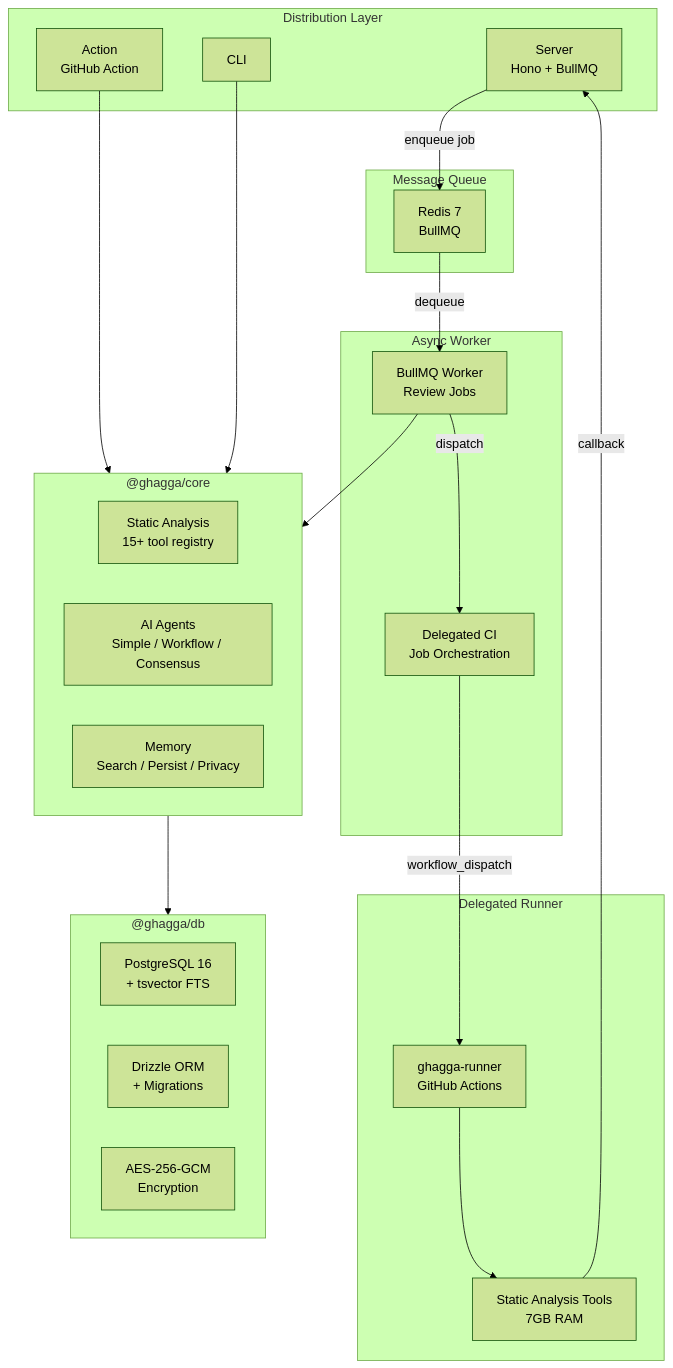
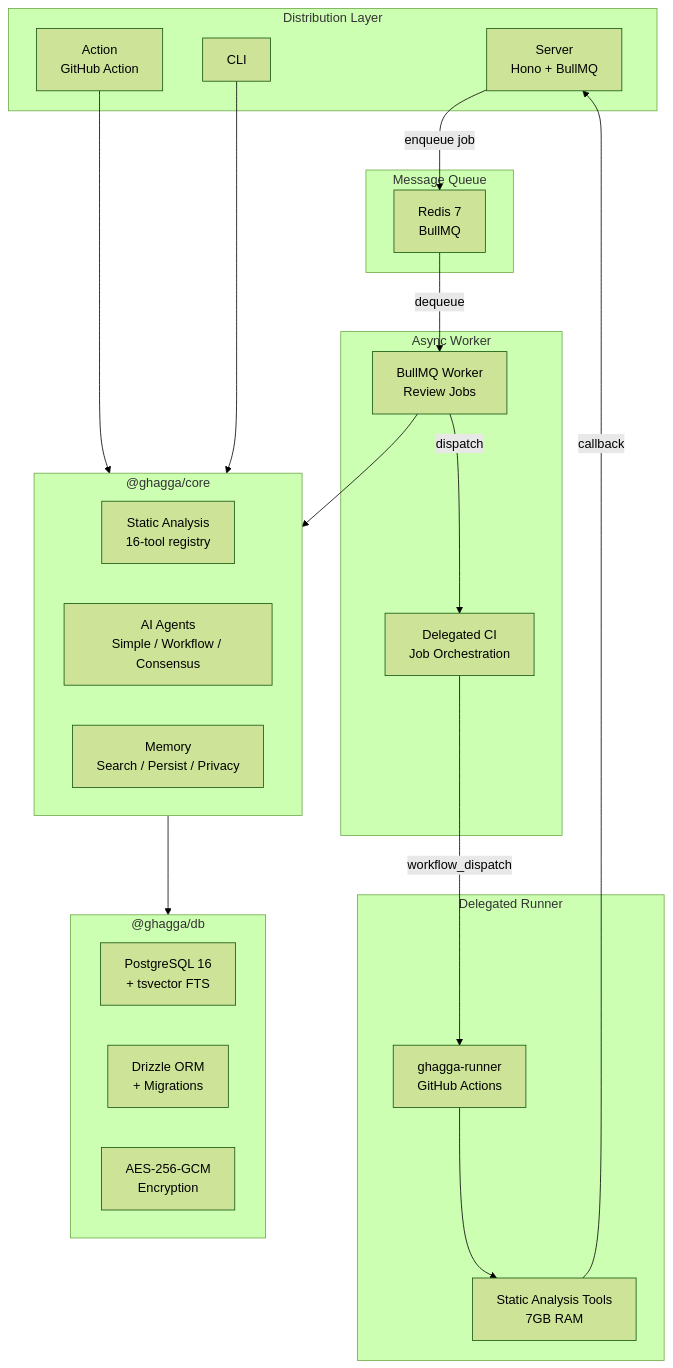
One commit to JNZader/ghagga changed the first of 5 diagrams in README.md. Above: the diagram before and after it, drawn with Mermaid (forest theme). The commit also changed other lines of this file and 16 other files, not shown here.

````diff
--- a/README.md
+++ b/README.md
@@ -255,46 +255,46 @@
 ```mermaid
 graph TB
   subgraph Distribution["Distribution Layer"]
     Server["Server<br/>Hono + BullMQ"]
     Action["Action<br/>GitHub Action"]
     CLI["CLI"]
   end
 
   subgraph Worker["Async Worker"]
     BullMQ["BullMQ Worker<br/>Review Jobs"]
     DelegatedCI["Delegated CI<br/>Job Orchestration"]
   end
 
   subgraph Runner["Delegated Runner"]
     RunnerRepo["ghagga-runner<br/>GitHub Actions"]
     RunnerTools["Static Analysis Tools<br/>7GB RAM"]
   end
 
   subgraph Core["@ghagga/core"]
-    SA["Static Analysis<br/>15+ tool registry"]
+    SA["Static Analysis<br/>16-tool registry"]
     Agents["AI Agents<br/>Simple / Workflow / Consensus"]
     Memory["Memory<br/>Search / Persist / Privacy"]
   end
 
   subgraph DB["@ghagga/db"]
     PG["PostgreSQL 16<br/>+ tsvector FTS"]
     Drizzle["Drizzle ORM<br/>+ Migrations"]
     Crypto["AES-256-GCM<br/>Encryption"]
   end
 
   subgraph Queue["Message Queue"]
     Redis["Redis 7<br/>BullMQ"]
   end
 
   Server -- "enqueue job" --> Redis
   Redis -- "dequeue" --> BullMQ
   BullMQ --> Core
   BullMQ -- "dispatch" --> DelegatedCI
   DelegatedCI -- "workflow_dispatch" --> RunnerRepo
   RunnerRepo --> RunnerTools
   RunnerTools -- "callback" --> Server
 
   Action --> Core
   CLI --> Core
   Core --> DB
 ```
````
